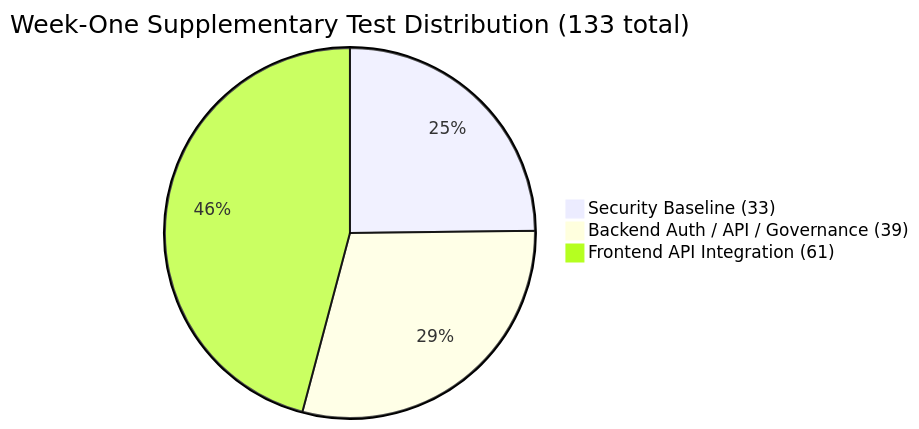
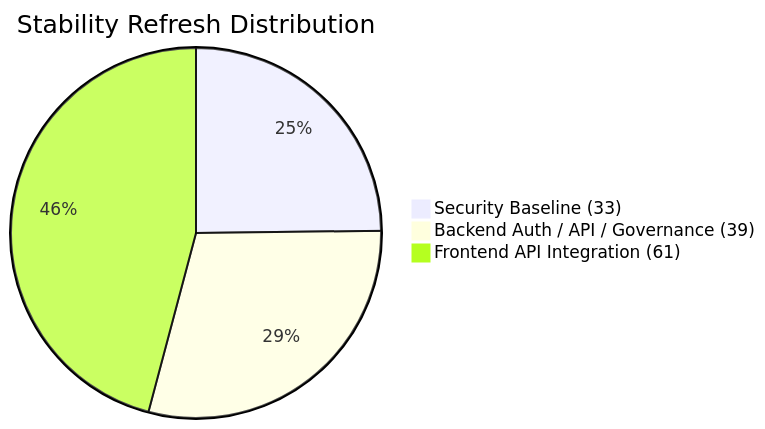
One commit to abedhossainn/PlantIQ changed diagram 12 of 14 in docs/capstone/Final_Report.md. Above: the diagram before and after it, drawn with Mermaid. The commit also changed other lines of this file and 10 other files, not shown here.

````diff
--- a/docs/capstone/Final_Report.md
+++ b/docs/capstone/Final_Report.md
@@ -1457,6 +1490,6 @@
 ```mermaid
-pie title Week-One Supplementary Test Distribution (133 total)
+pie title Stability Refresh Distribution
     "Security Baseline (33)" : 33
     "Backend Auth / API / Governance (39)" : 39
     "Frontend API Integration (61)" : 61
 ```
````
